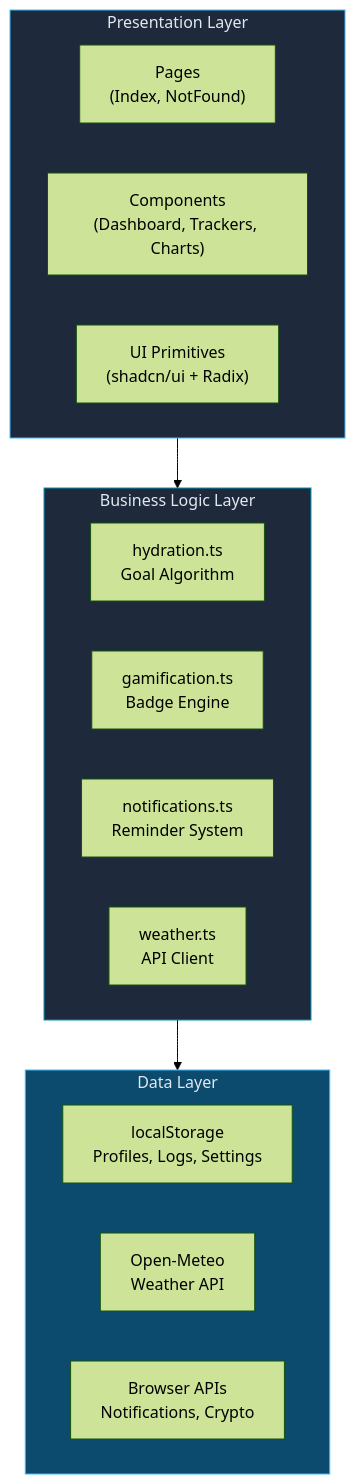
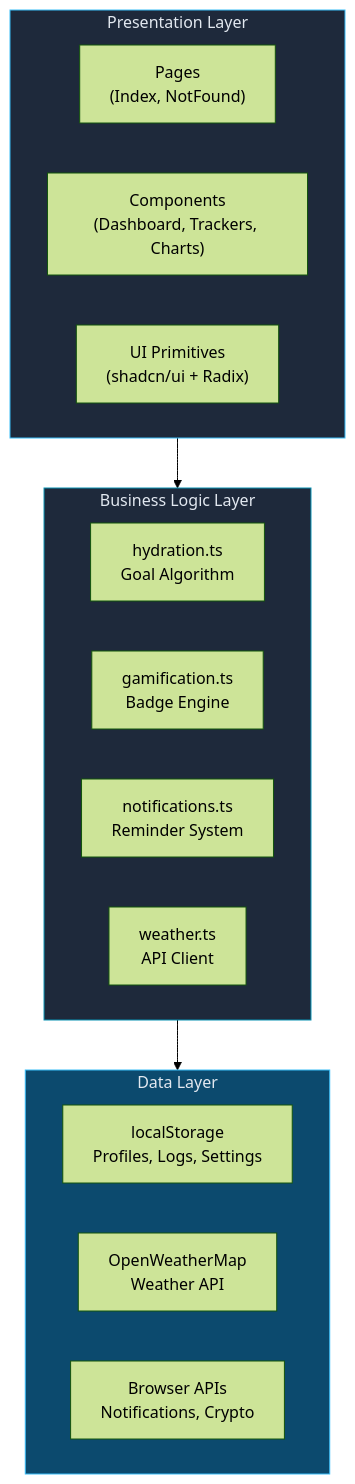
The first of 8 diagrams in architecture.md (ramalokeshreddyp/hydrosmart-ai), drawn with Mermaid (forest theme) before and after one commit. The commit also changed other lines of this file and 8 other files, not shown here.

````diff
--- a/architecture.md
+++ b/architecture.md
@@ -59,31 +59,31 @@
 ```mermaid
 graph TB
     subgraph Presentation["Presentation Layer"]
         direction LR
         Pages["Pages<br/>(Index, NotFound)"]
         Components["Components<br/>(Dashboard, Trackers, Charts)"]
         UI["UI Primitives<br/>(shadcn/ui + Radix)"]
     end
 
     subgraph Business["Business Logic Layer"]
         direction LR
         Hydration["hydration.ts<br/>Goal Algorithm"]
         Gamification["gamification.ts<br/>Badge Engine"]
         Notifications["notifications.ts<br/>Reminder System"]
         Weather["weather.ts<br/>API Client"]
     end
 
     subgraph Data["Data Layer"]
         direction LR
         LS["localStorage<br/>Profiles, Logs, Settings"]
-        API["Open-Meteo<br/>Weather API"]
+        API["OpenWeatherMap<br/>Weather API"]
         BrowserAPI["Browser APIs<br/>Notifications, Crypto"]
     end
 
     Presentation --> Business
     Business --> Data
 
     style Presentation fill:#1e293b,stroke:#38bdf8,color:#e2e8f0
     style Business fill:#1e293b,stroke:#0891b2,color:#e2e8f0
     style Data fill:#0c4a6e,stroke:#38bdf8,color:#e2e8f0
 ```
````
